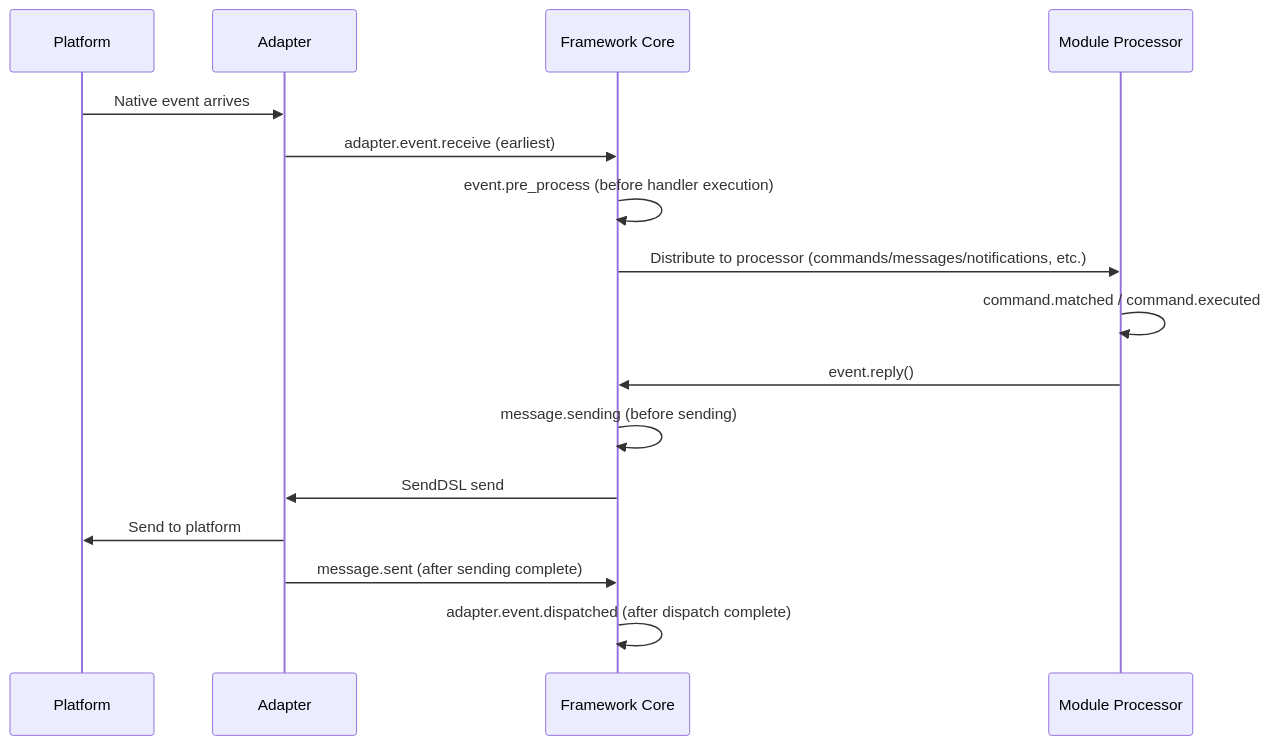
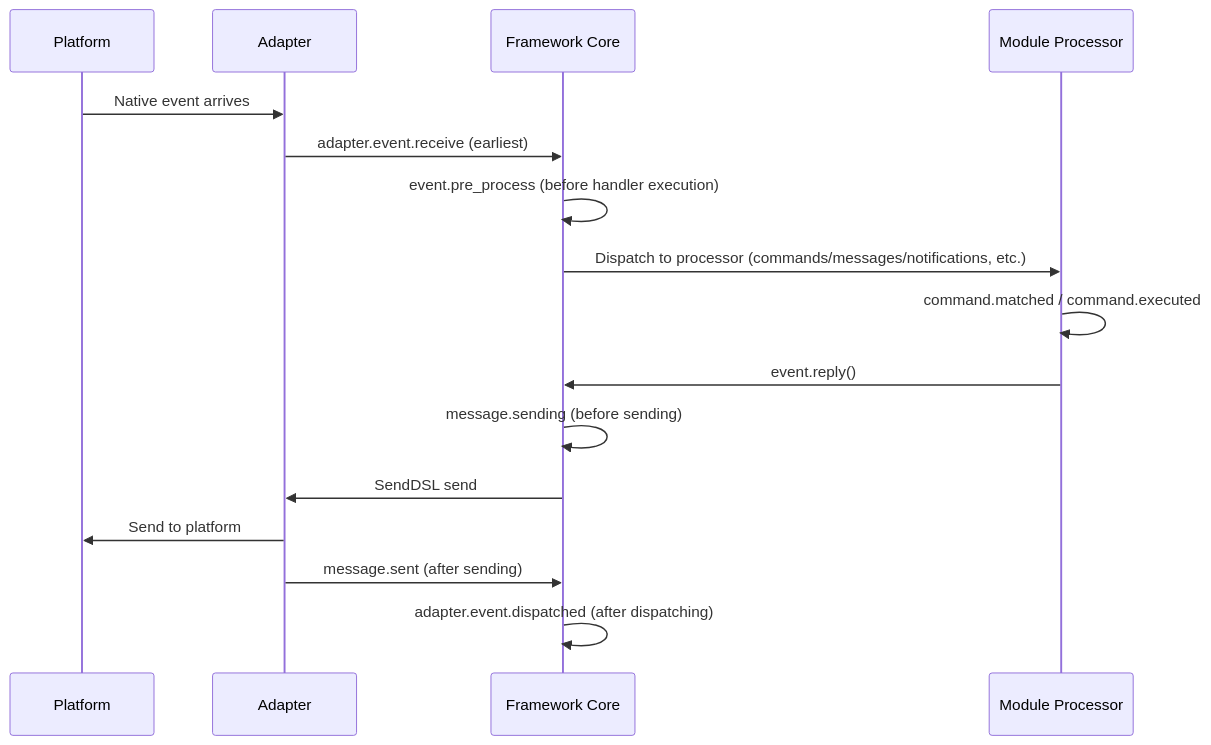
One commit to ErisPulse/ErisPulse changed the diagram in docs/en/advanced/lifecycle.md. Above: the diagram before and after it, drawn with Mermaid. The commit also changed other lines of this file and 622 other files, not shown here.

````diff
--- a/docs/en/advanced/lifecycle.md
+++ b/docs/en/advanced/lifecycle.md
@@ -93,19 +93,19 @@
 ```mermaid
 sequenceDiagram
     participant P as Platform
     participant A as Adapter
     participant F as Framework Core
     participant M as Module Processor
 
     P->>A: Native event arrives
     A->>F: adapter.event.receive (earliest)
     F->>F: event.pre_process (before handler execution)
-    F->>M: Distribute to processor (commands/messages/notifications, etc.)
+    F->>M: Dispatch to processor (commands/messages/notifications, etc.)
     M->>M: command.matched / command.executed
     M->>F: event.reply()
     F->>F: message.sending (before sending)
     F->>A: SendDSL send
     A->>P: Send to platform
-    A->>F: message.sent (after sending complete)
-    F->>F: adapter.event.dispatched (after dispatch complete)
+    A->>F: message.sent (after sending)
+    F->>F: adapter.event.dispatched (after dispatching)
 ```
````
